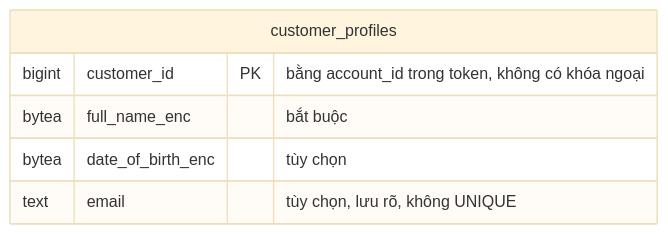
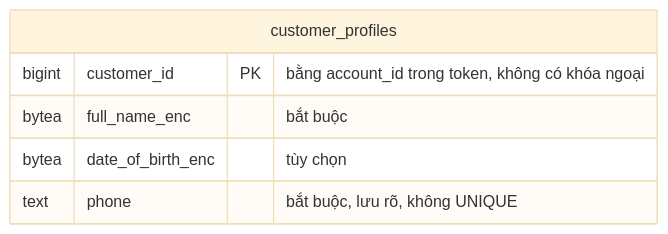
Before and after one commit to nghuuduc21/23699411_NguyenHuuDuc_CabSystem: the second of 8 diagrams in docs/design/03-du-lieu.md, drawn with Mermaid (base theme). The commit also changed other lines of this file and 20 other files, not shown here.

Commit message:
docs: apply lecturer feedback 2026-10-14 (health wording, email login under /auth, customer phone in profile, owner-only driver view, bookings by customer id; ADR-021)

````diff
--- a/docs/design/03-du-lieu.md
+++ b/docs/design/03-du-lieu.md
@@ -147,9 +169,9 @@
 ```mermaid
 erDiagram
   customer_profiles {
     bigint customer_id PK "bằng account_id trong token, không có khóa ngoại"
     bytea full_name_enc "bắt buộc"
     bytea date_of_birth_enc "tùy chọn"
-    text email "tùy chọn, lưu rõ, không UNIQUE"
+    text phone "bắt buộc, lưu rõ, không UNIQUE"
   }
 ```
````
